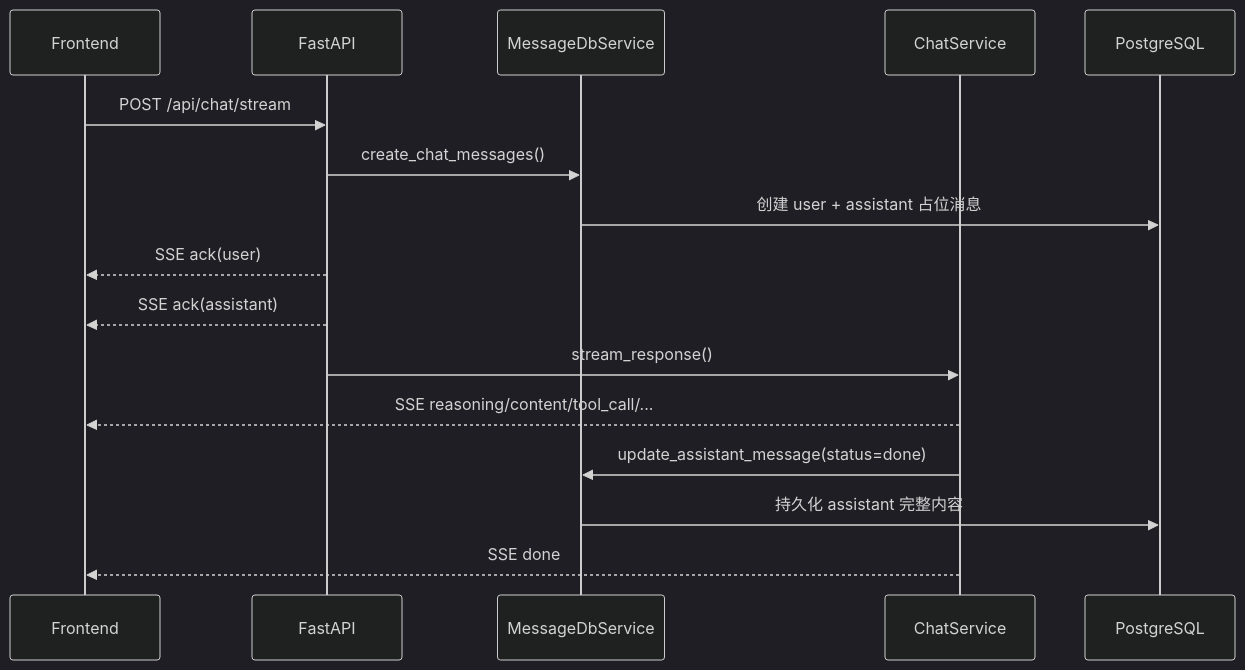
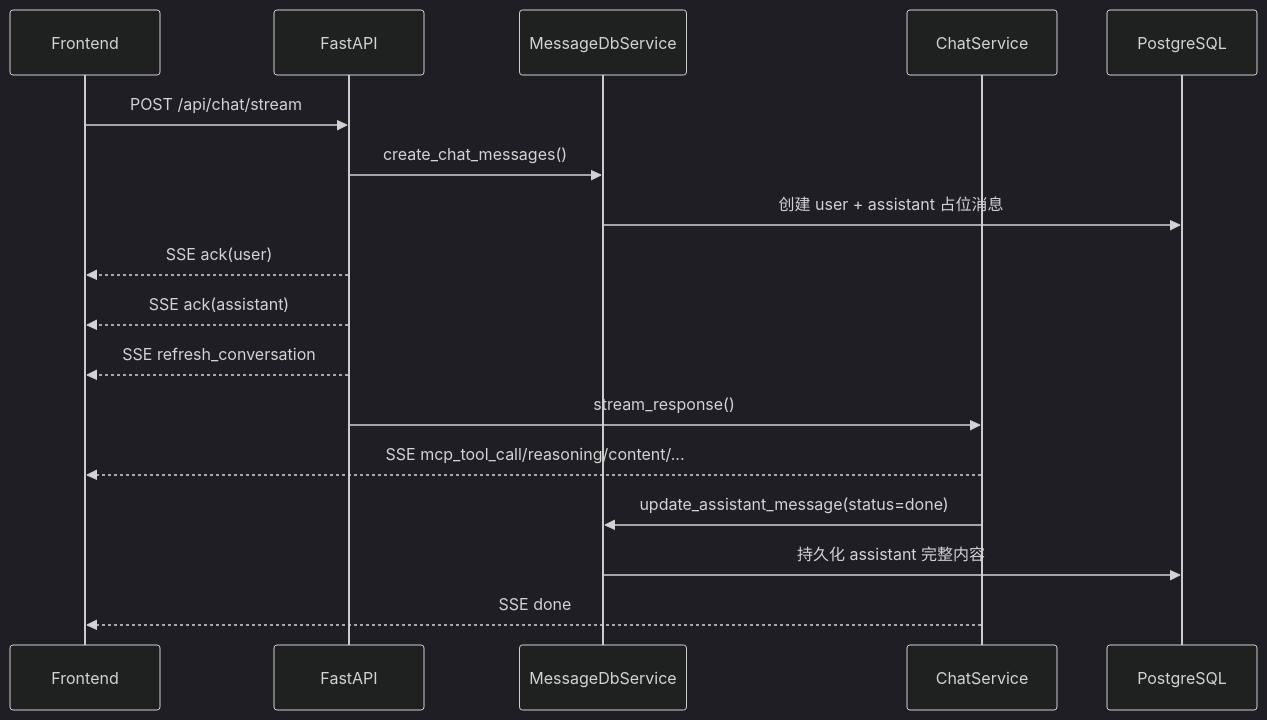
Before and after one commit to wuhonglei/chat-agent: the diagram in docs/会话管理.md, drawn with Mermaid (dark theme). The commit also changed other lines of this file and 4 other files, not shown here.

````diff
--- a/docs/会话管理.md
+++ b/docs/会话管理.md
@@ -35,19 +52,20 @@
 ```mermaid
 sequenceDiagram
     participant FE as Frontend
     participant API as FastAPI
     participant MSG as MessageDbService
     participant CHAT as ChatService
     participant DB as PostgreSQL
 
     FE->>API: POST /api/chat/stream
     API->>MSG: create_chat_messages()
     MSG->>DB: 创建 user + assistant 占位消息
     API-->>FE: SSE ack(user)
     API-->>FE: SSE ack(assistant)
+    API-->>FE: SSE refresh_conversation
     API->>CHAT: stream_response()
-    CHAT-->>FE: SSE reasoning/content/tool_call/...
+    CHAT-->>FE: SSE mcp_tool_call/reasoning/content/...
     CHAT->>MSG: update_assistant_message(status=done)
     MSG->>DB: 持久化 assistant 完整内容
     CHAT-->>FE: SSE done
 ```
````
